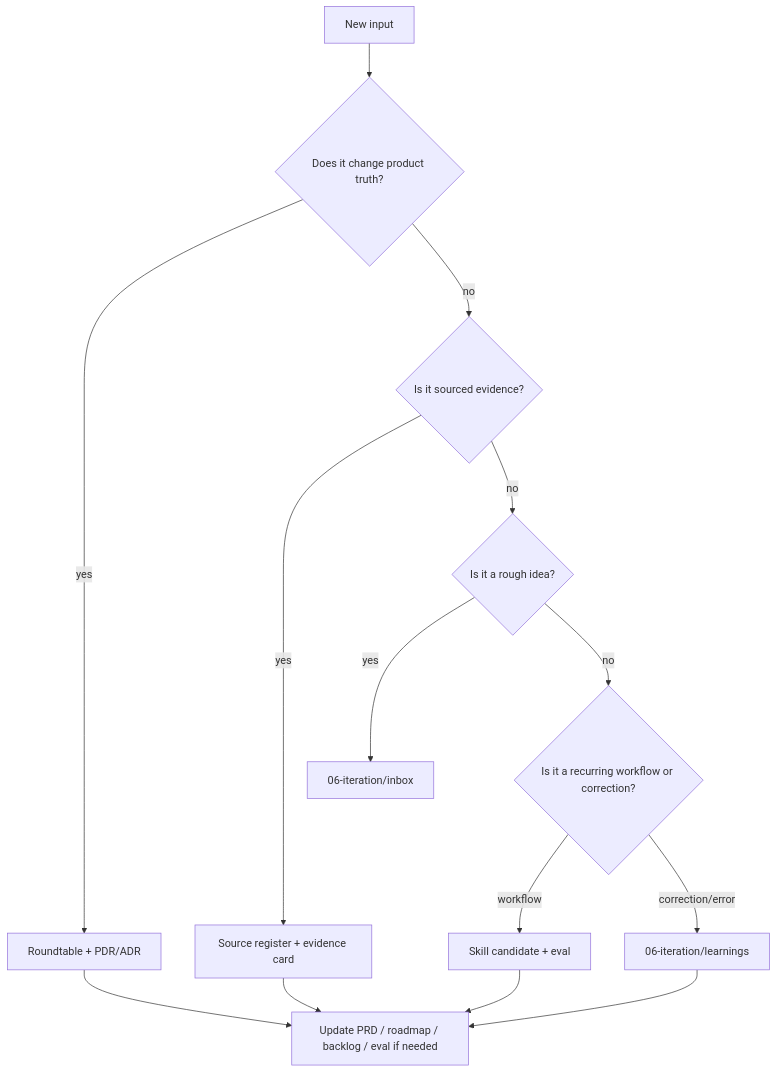
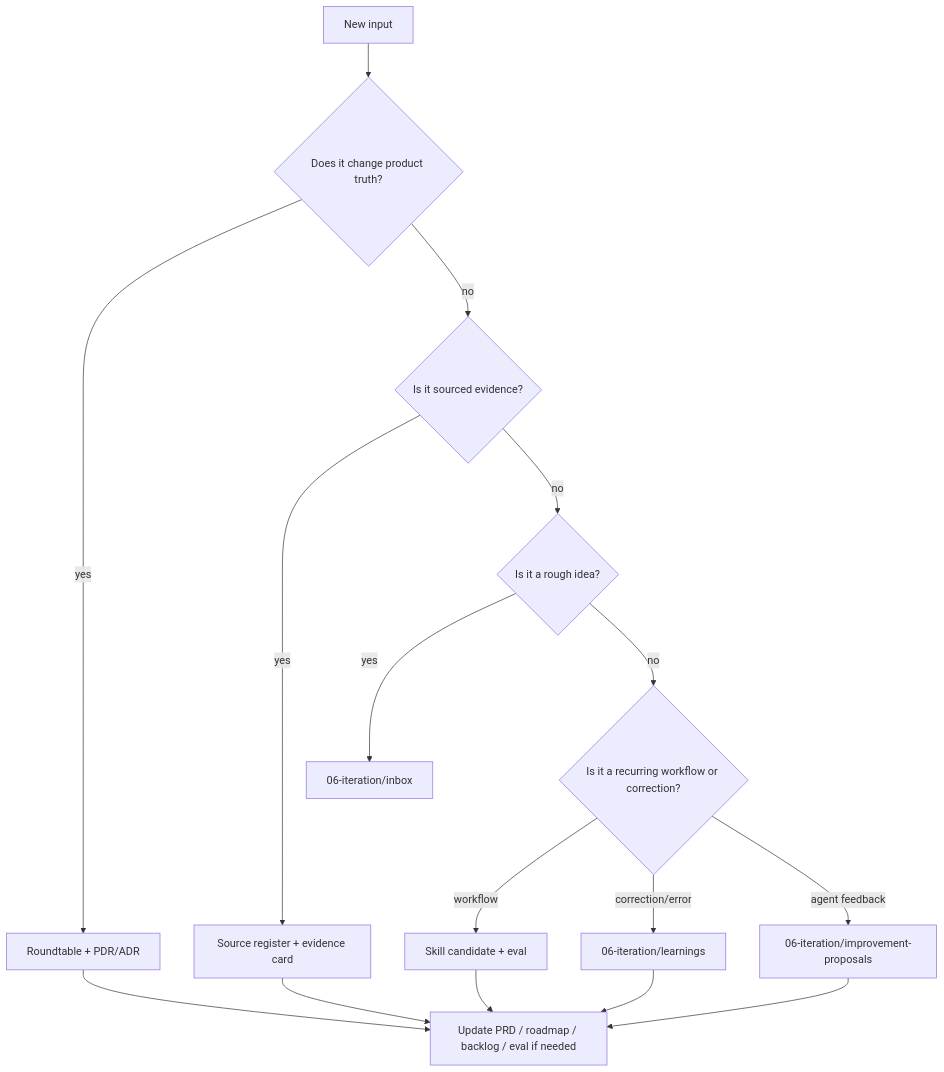
One commit to mosesslv/t-agent-factory changed the diagram in 06-iteration/docs-as-code-governance.md. Above: the diagram before and after it, drawn with Mermaid. The commit also changed other lines of this file and 16 other files, not shown here.

Commit message:
Add feedback-driven improvement harness

````diff
--- a/06-iteration/docs-as-code-governance.md
+++ b/06-iteration/docs-as-code-governance.md
@@ -40,16 +41,18 @@
 ```mermaid
 flowchart TD
   A["New input"] --> B{"Does it change product truth?"}
   B -- "yes" --> C["Roundtable + PDR/ADR"]
   B -- "no" --> D{"Is it sourced evidence?"}
   D -- "yes" --> E["Source register + evidence card"]
   D -- "no" --> F{"Is it a rough idea?"}
   F -- "yes" --> G["06-iteration/inbox"]
   F -- "no" --> H{"Is it a recurring workflow or correction?"}
   H -- "workflow" --> I["Skill candidate + eval"]
   H -- "correction/error" --> J["06-iteration/learnings"]
+  H -- "agent feedback" --> L["06-iteration/improvement-proposals"]
   C --> K["Update PRD / roadmap / backlog / eval if needed"]
   E --> K
   I --> K
   J --> K
+  L --> K
 ```
````
